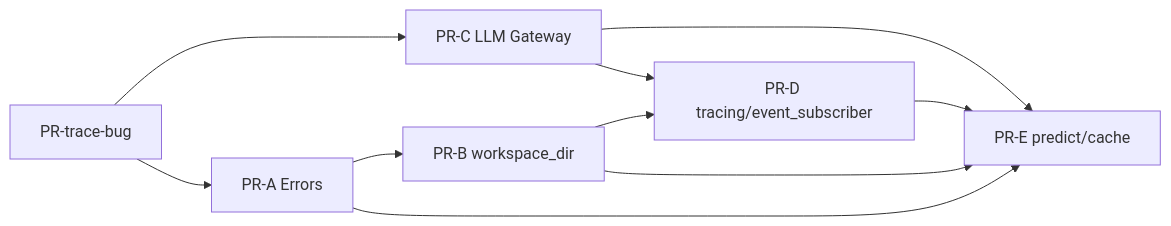
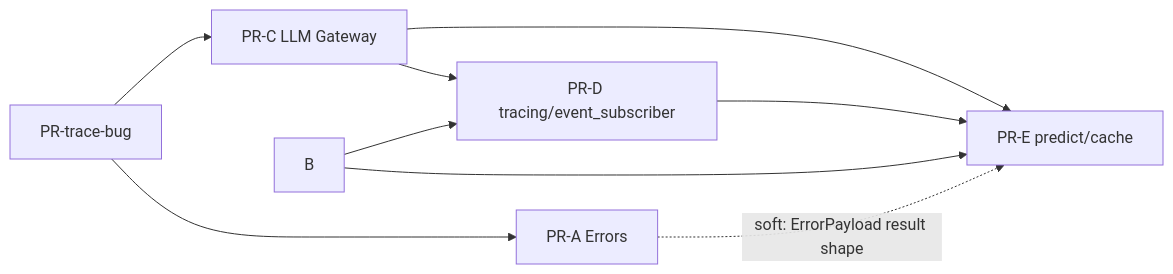
One commit to SevenX77/agent-harness changed the diagram in .kiro/specs/engine-mvp0-rebuild-v030/round-31-api-surface-rightsizing/tasks.md. Above: the diagram before and after it, drawn with Mermaid. The commit also changed other lines of this file, not shown here.

Commit message:
docs(round-31): tasks.md patch — 删 mermaid A→B 虚假边 + PR-D trace_dir 澄清
audit catch:
- mermaid A→B 虚假边删 (PR-A 动 exceptions, PR-B 动 runner/workspace,
  模块零交集. PR-B 自述可独立于 PR-A)
- A→E 降级为软依赖虚线 (Benefits from ErrorPayload, 非硬依赖)
- PR-D scope 加澄清 "trace_dir 已在 PR-B 从签名移除, 本 PR 只清
  TracingCallback(trace_dir=) callback 类路径" 避免两 PR 重复动同参

T7 step 1 (spec 4 件套) 完整 lock: research / design v6 / decisions /
tasks. 进 SOP-08 step 3 tests-first, 第一个 PR = PR-trace-bug
(最独立, 小, 探路石).

🤖 Generated with [Claude Code](https://claude.com/claude-code)

````diff
--- a/.kiro/specs/engine-mvp0-rebuild-v030/round-31-api-surface-rightsizing/tasks.md
+++ b/.kiro/specs/engine-mvp0-rebuild-v030/round-31-api-surface-rightsizing/tasks.md
@@ -368,12 +370,11 @@
 ```mermaid
 graph LR
   T[PR-trace-bug] --> A[PR-A Errors]
-  A --> B[PR-B workspace_dir]
   T --> C[PR-C LLM Gateway]
   C --> D[PR-D tracing/event_subscriber]
   B --> D
   C --> E[PR-E predict/cache]
   D --> E
   B --> E
-  A --> E
+  A -. soft: ErrorPayload result shape .-> E
 ```
````
